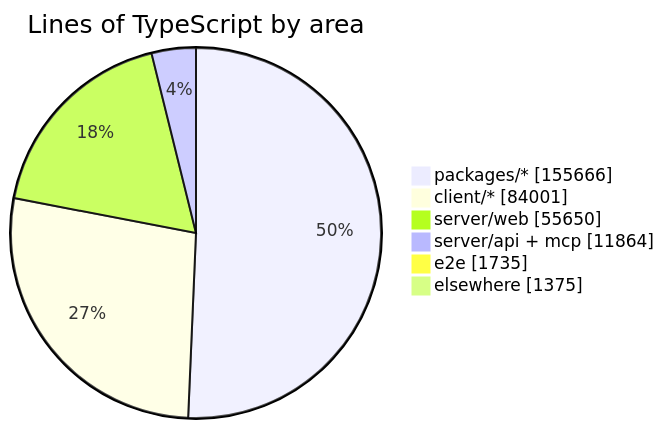
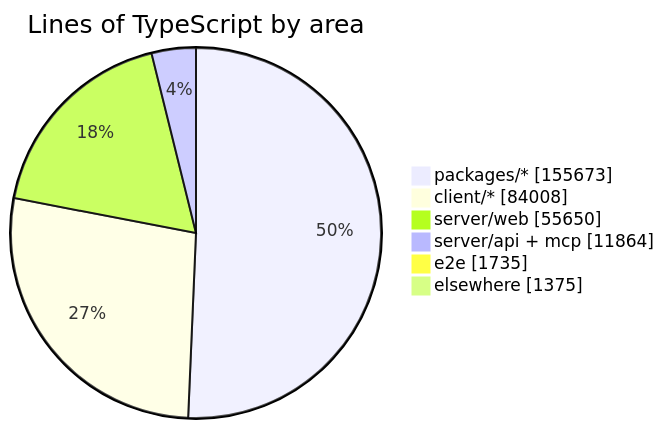
One commit to crossworks-engineering/mantle changed the diagram in README.md. Above: the diagram before and after it, drawn with Mermaid. The commit also changed other lines of this file and 4 other files, not shown here.

````diff
--- a/README.md
+++ b/README.md
@@ -279,9 +279,9 @@
 ```mermaid
 pie showData title Lines of TypeScript by area
-    "packages/*" : 155666
-    "client/*" : 84001
+    "packages/*" : 155673
+    "client/*" : 84008
     "server/web" : 55650
     "server/api + mcp" : 11864
     "e2e" : 1735
     "elsewhere" : 1375
 ```
````
